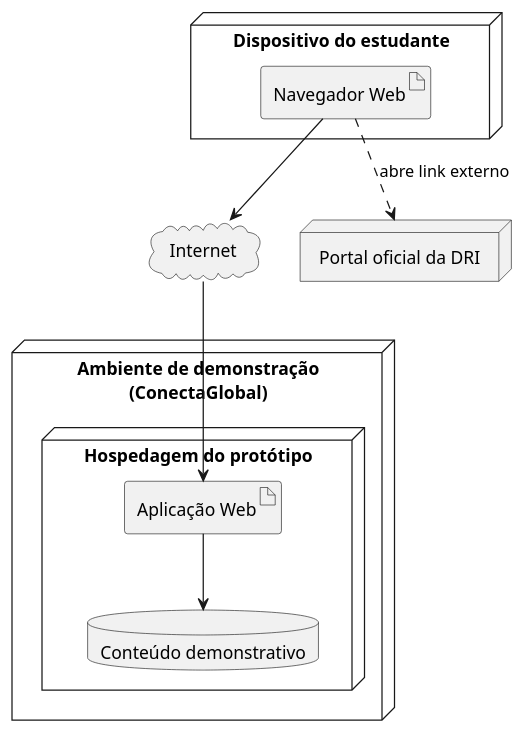
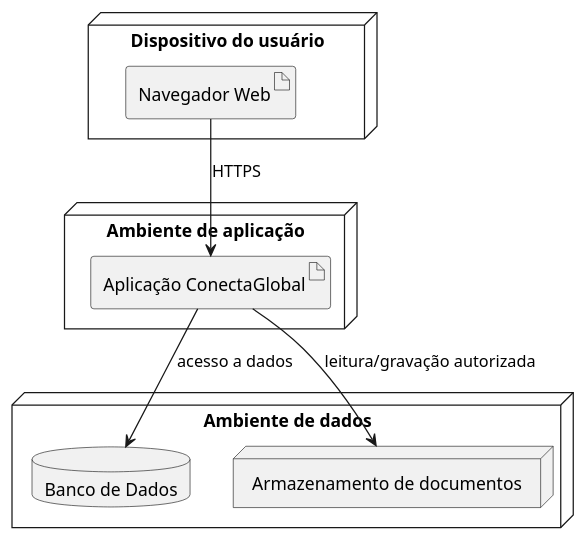
Before and after one commit to AllisonOliv/requisitos-2026.2--grupo3: the third of 3 diagrams in uml/diagramas.puml, drawn with PlantUML. The commit also changed other lines of this file and 12 other files, not shown here.

```diff
--- a/uml/diagramas.puml
+++ b/uml/diagramas.puml
@@ -44,18 +77,15 @@
 @startuml
-node "Dispositivo do estudante" {
-  artifact "Navegador Web" as Browser
+node "Dispositivo do usuário" as CLIENT {
+  artifact "Navegador Web" as BROWSER
 }
-node "Ambiente de demonstração\n(ConectaGlobal)" {
-  node "Hospedagem do protótipo" {
-    artifact "Aplicação Web" as App
-    database "Conteúdo demonstrativo" as DB
-  }
+node "Ambiente de aplicação" as APPHOST {
+  artifact "Aplicação ConectaGlobal" as WEBAPP
 }
-cloud "Internet" as Internet
-node "Portal oficial da DRI" as DRI
-
-Browser --> Internet
-Internet --> App
-App --> DB
-Browser ..> DRI : abre link externo
+node "Ambiente de dados" as DATAHOST {
+  database "Banco de Dados" as DATABASE
+  node "Armazenamento de documentos" as FILES
+}
+BROWSER --> WEBAPP : HTTPS
+WEBAPP --> DATABASE : acesso a dados
+WEBAPP --> FILES : leitura/gravação autorizada
 @enduml
```
